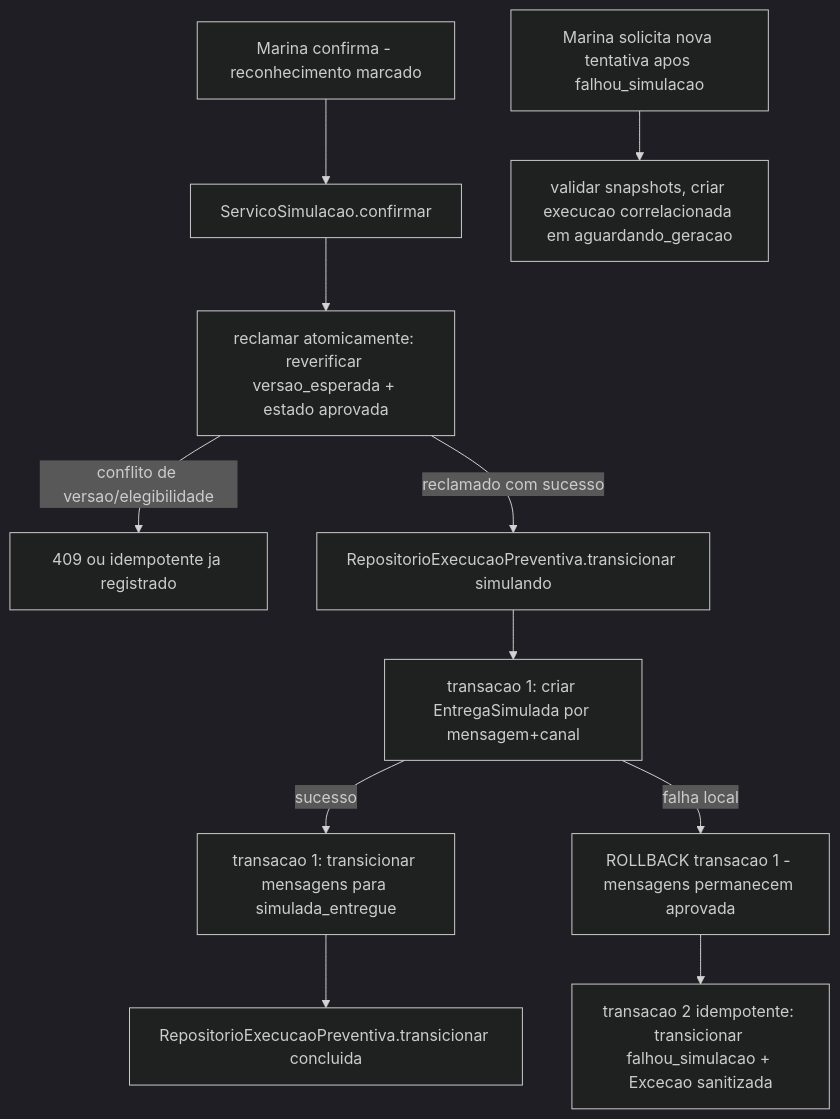
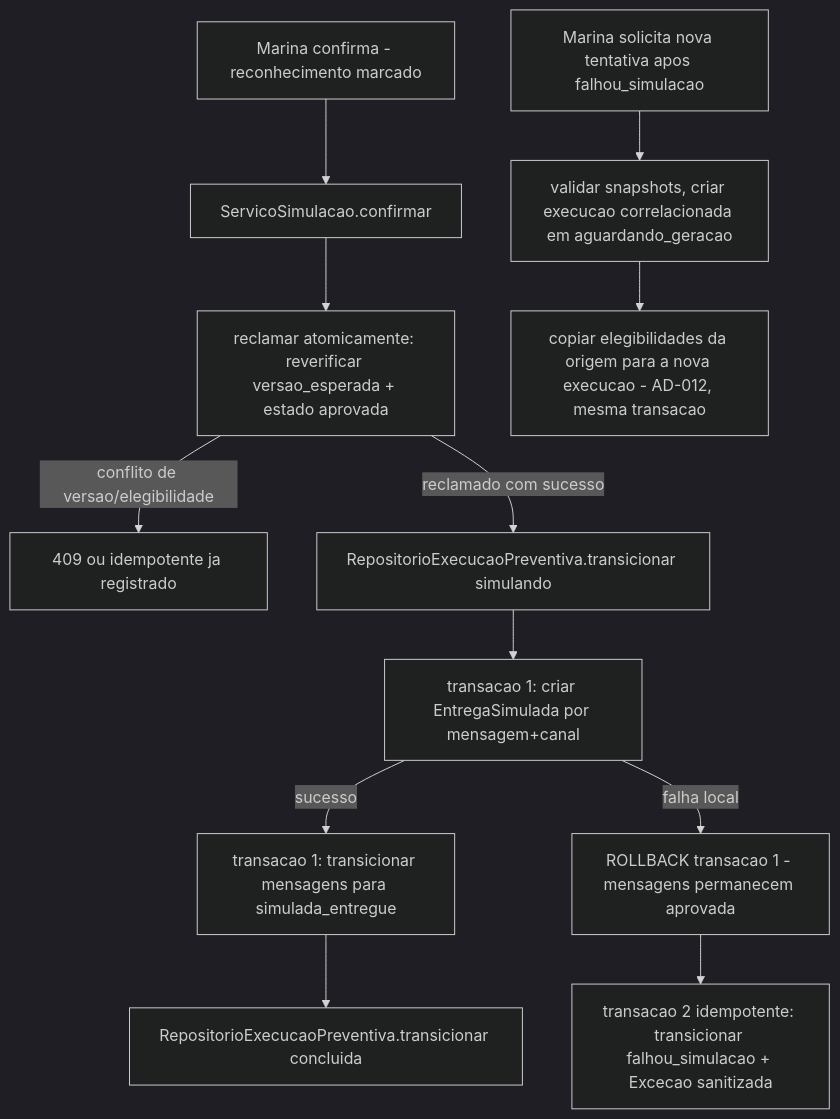
The diagram in .specs/features/3-6-confirmar-e-executar-a-simulacao-sem-envio-real/design.md (RafaelLeonhardt/I2A2-InsurMind-Desafio5), drawn with Mermaid (dark theme) before and after one commit. The commit also changed other lines of this file and 14 other files, not shown here.

````diff
--- a/.specs/features/3-6-confirmar-e-executar-a-simulacao-sem-envio-real/design.md
+++ b/.specs/features/3-6-confirmar-e-executar-a-simulacao-sem-envio-real/design.md
@@ -20,13 +20,14 @@
 ```mermaid
 graph TD
     A[Marina confirma - reconhecimento marcado] --> B[ServicoSimulacao.confirmar]
     B --> C[reclamar atomicamente: reverificar versao_esperada + estado aprovada]
     C -- conflito de versao/elegibilidade --> D[409 ou idempotente ja registrado]
     C -- reclamado com sucesso --> E[RepositorioExecucaoPreventiva.transicionar simulando]
     E --> F[transacao 1: criar EntregaSimulada por mensagem+canal]
     F -- sucesso --> G[transacao 1: transicionar mensagens para simulada_entregue]
     G --> H[RepositorioExecucaoPreventiva.transicionar concluida]
     F -- falha local --> I[ROLLBACK transacao 1 - mensagens permanecem aprovada]
     I --> J[transacao 2 idempotente: transicionar falhou_simulacao + Excecao sanitizada]
     K[Marina solicita nova tentativa apos falhou_simulacao] --> L[validar snapshots, criar execucao correlacionada em aguardando_geracao]
+    L --> M[copiar elegibilidades da origem para a nova execucao - AD-012, mesma transacao]
 ```
````
